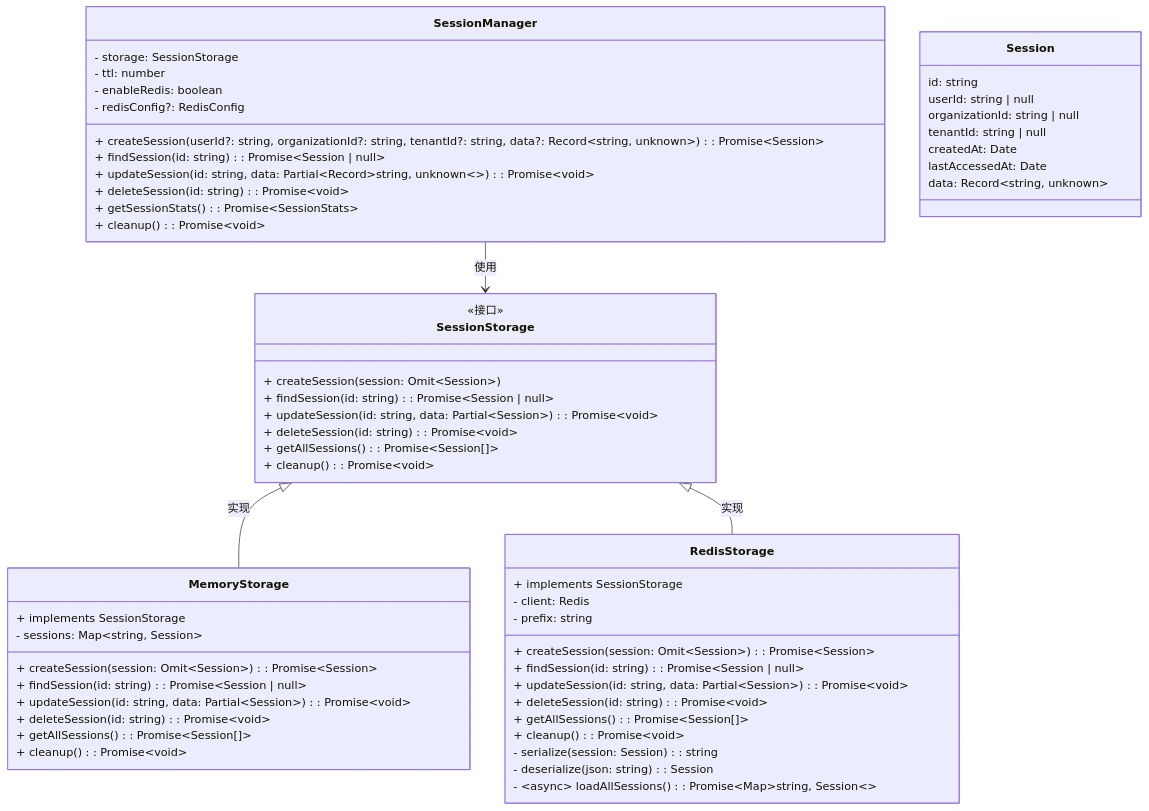
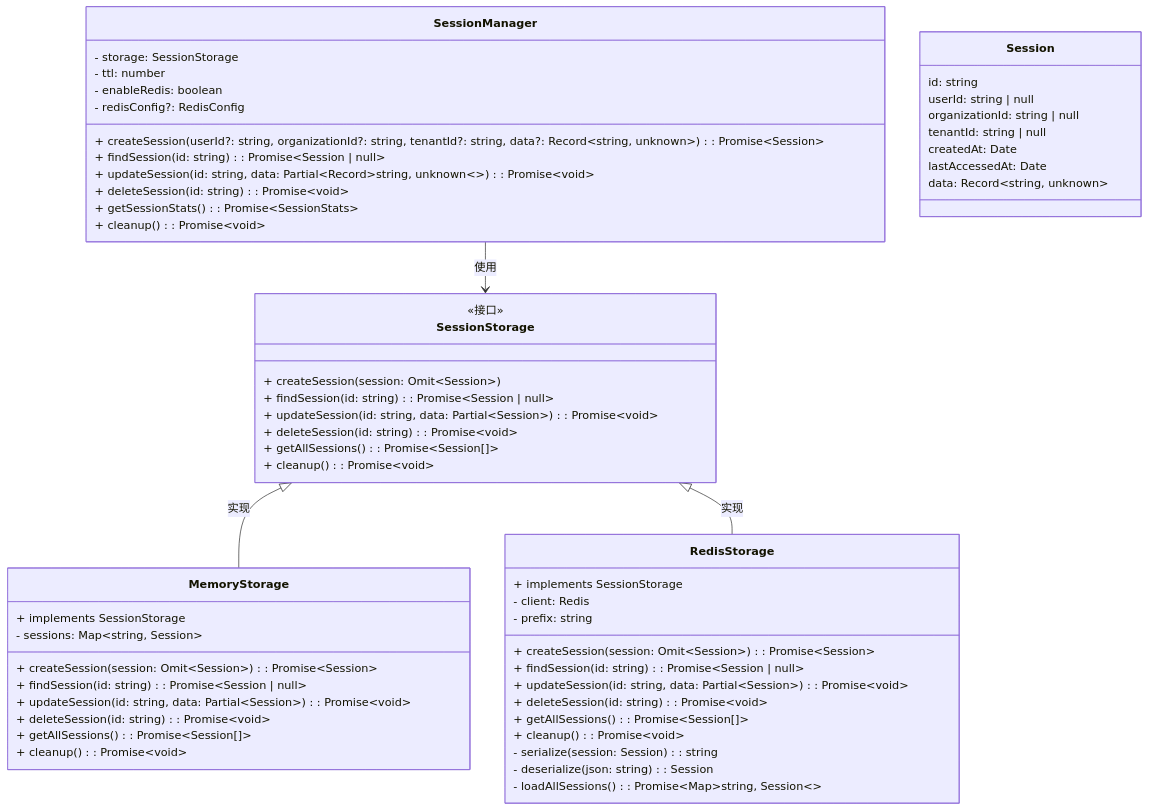
Before and after one commit to HL8-ORG/oksai-cc-api-server: the diagram in docs/mcp/uml/session-management-components.mmd, drawn with Mermaid. The commit also changed other lines of this file and 17 other files, not shown here.

First line of the commit message:
style: update UML diagram comment format from title to Mermaid comment

````diff
--- a/docs/mcp/uml/session-management-components.mmd
+++ b/docs/mcp/uml/session-management-components.mmd
@@ -3,69 +1,68 @@
-```mermaid
+%% 会话管理组件图
 classDiagram
     class SessionManager {
         - storage: SessionStorage
         - ttl: number
         - enableRedis: boolean
         - redisConfig?: RedisConfig
 
         + createSession(userId?: string, organizationId?: string, tenantId?: string, data?: Record~string, unknown~): Promise~Session~
         + findSession(id: string): Promise~Session | null~
         + updateSession(id: string, data: Partial~Record~string, unknown~~): Promise~void~
         + deleteSession(id: string): Promise~void~
         + getSessionStats(): Promise~SessionStats~
         + cleanup(): Promise~void~
     }
 
     class SessionStorage {
         <<接口>>
         + createSession(session: Omit~Session~)
         + findSession(id: string): Promise~Session | null~
         + updateSession(id: string, data: Partial~Session~): Promise~void~
         + deleteSession(id: string): Promise~void~
         + getAllSessions(): Promise~Session[]~
         + cleanup(): Promise~void~
     }
 
     class MemoryStorage {
         + implements SessionStorage
         - sessions: Map~string, Session~
 
         + createSession(session: Omit~Session~): Promise~Session~
         + findSession(id: string): Promise~Session | null~
         + updateSession(id: string, data: Partial~Session~): Promise~void~
         + deleteSession(id: string): Promise~void~
         + getAllSessions(): Promise~Session[]~
         + cleanup(): Promise~void~
     }
 
     class RedisStorage {
         + implements SessionStorage
         - client: Redis
         - prefix: string
 
         + createSession(session: Omit~Session~): Promise~Session~
         + findSession(id: string): Promise~Session | null~
         + updateSession(id: string, data: Partial~Session~): Promise~void~
         + deleteSession(id: string): Promise~void~
         + getAllSessions(): Promise~Session[]~
         + cleanup(): Promise~void~
 
         - serialize(session: Session): string
         - deserialize(json: string): Session
-        - ~async~ loadAllSessions(): Promise~Map~string, Session~~
+        - loadAllSessions(): Promise~Map~string, Session~~
     }
 
     class Session {
         id: string
         userId: string | null
         organizationId: string | null
         tenantId: string | null
         createdAt: Date
         lastAccessedAt: Date
         data: Record~string, unknown~
     }
 
     SessionManager --> SessionStorage: 使用
     SessionStorage <|-- MemoryStorage: 实现
     SessionStorage <|-- RedisStorage: 实现
-```
````
